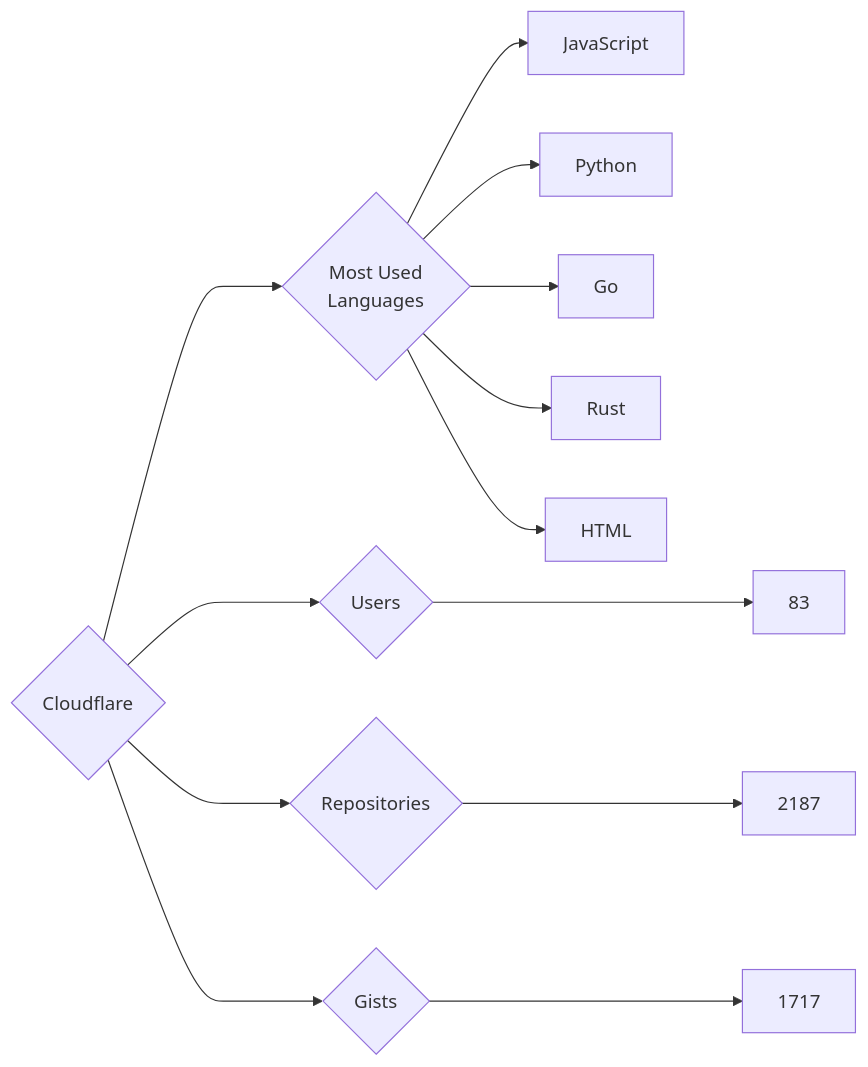
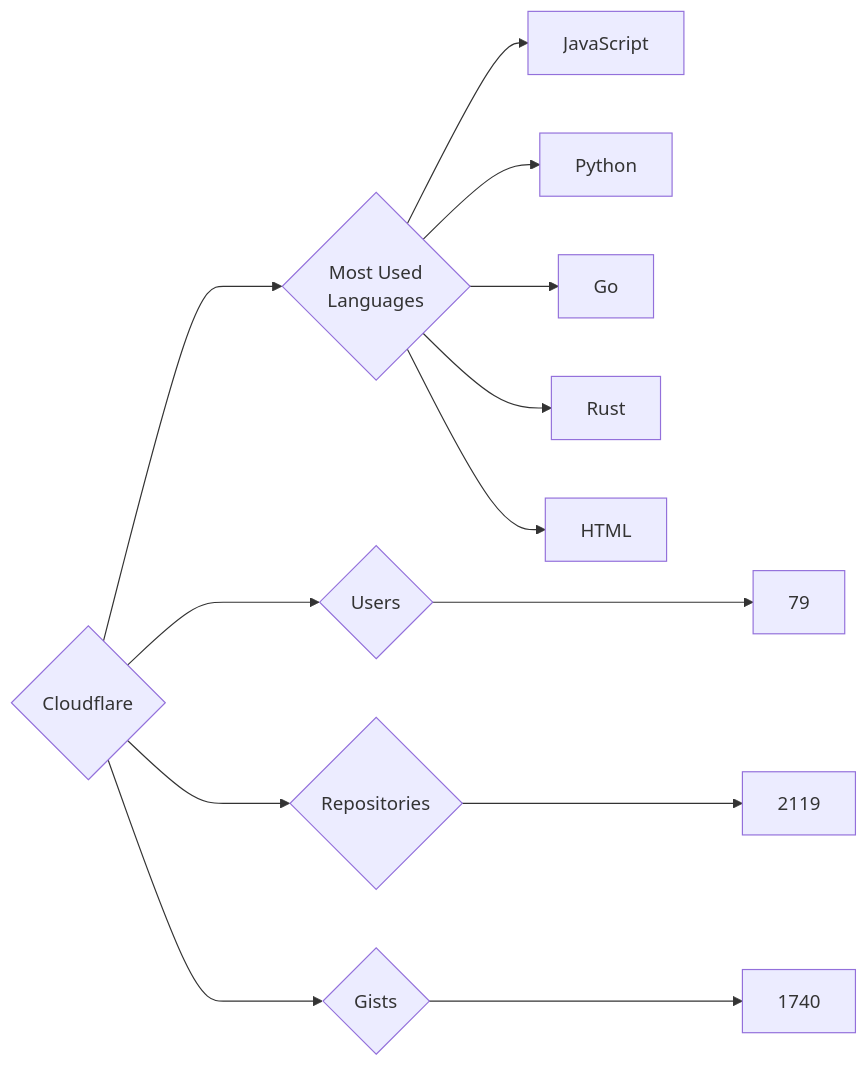
One commit to trickest/insiders changed the diagram in targets/Cloudflare/README.md. Above: the diagram before and after it, drawn with Mermaid. The commit also changed 640 other files, not shown here.

````diff
--- a/targets/Cloudflare/README.md
+++ b/targets/Cloudflare/README.md
@@ -3,13 +3,13 @@
 ```mermaid
 graph LR
 COMPANY_NAME{Cloudflare}
-COMPANY_NAME ---> U{Users} ---> UN[83]
-COMPANY_NAME ---> R{Repositories} ---> RN[2187]
-COMPANY_NAME ---> G{Gists} ---> GN[1717]
+COMPANY_NAME ---> U{Users} ---> UN[79]
+COMPANY_NAME ---> R{Repositories} ---> RN[2119]
+COMPANY_NAME ---> G{Gists} ---> GN[1740]
 COMPANY_NAME ---> ML{Most Used<br>Languages}
 ML --> JavaScript[JavaScript]
 ML --> Python[Python]
 ML --> Go[Go]
 ML --> Rust[Rust]
 ML --> HTML[HTML]
 ```
````
